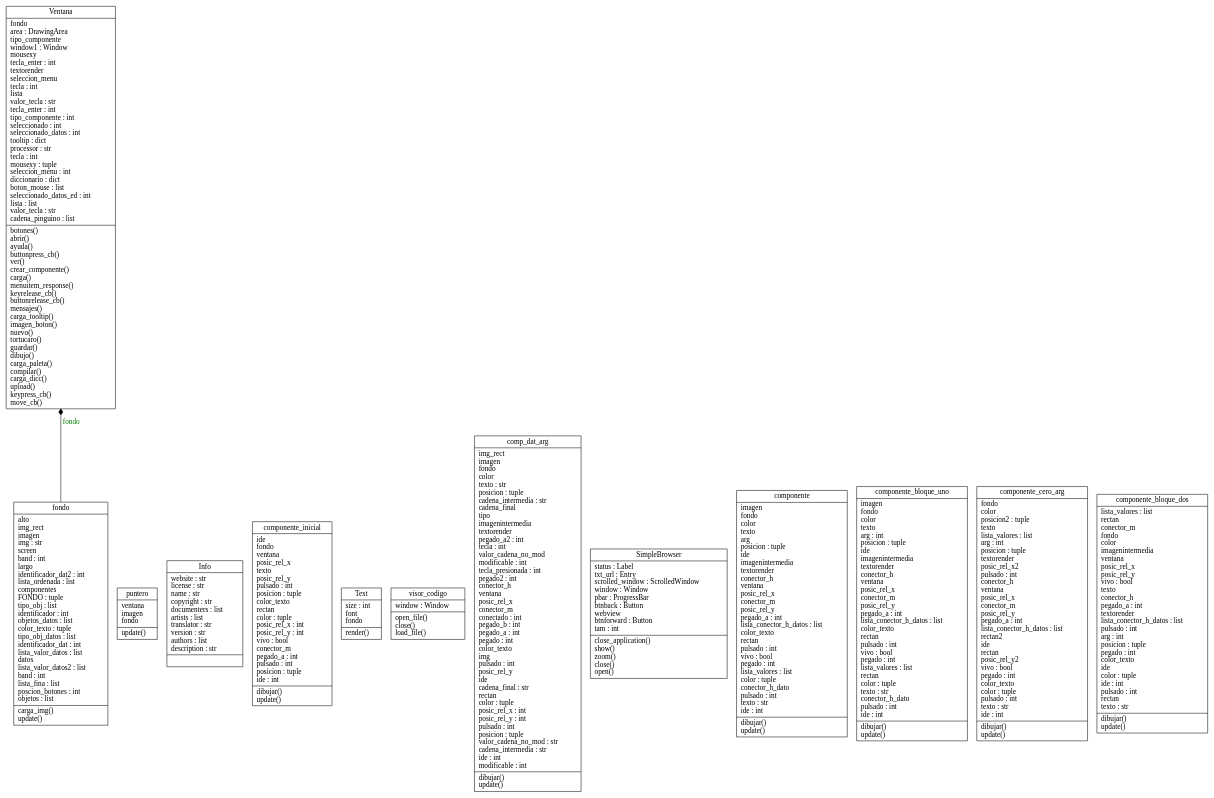
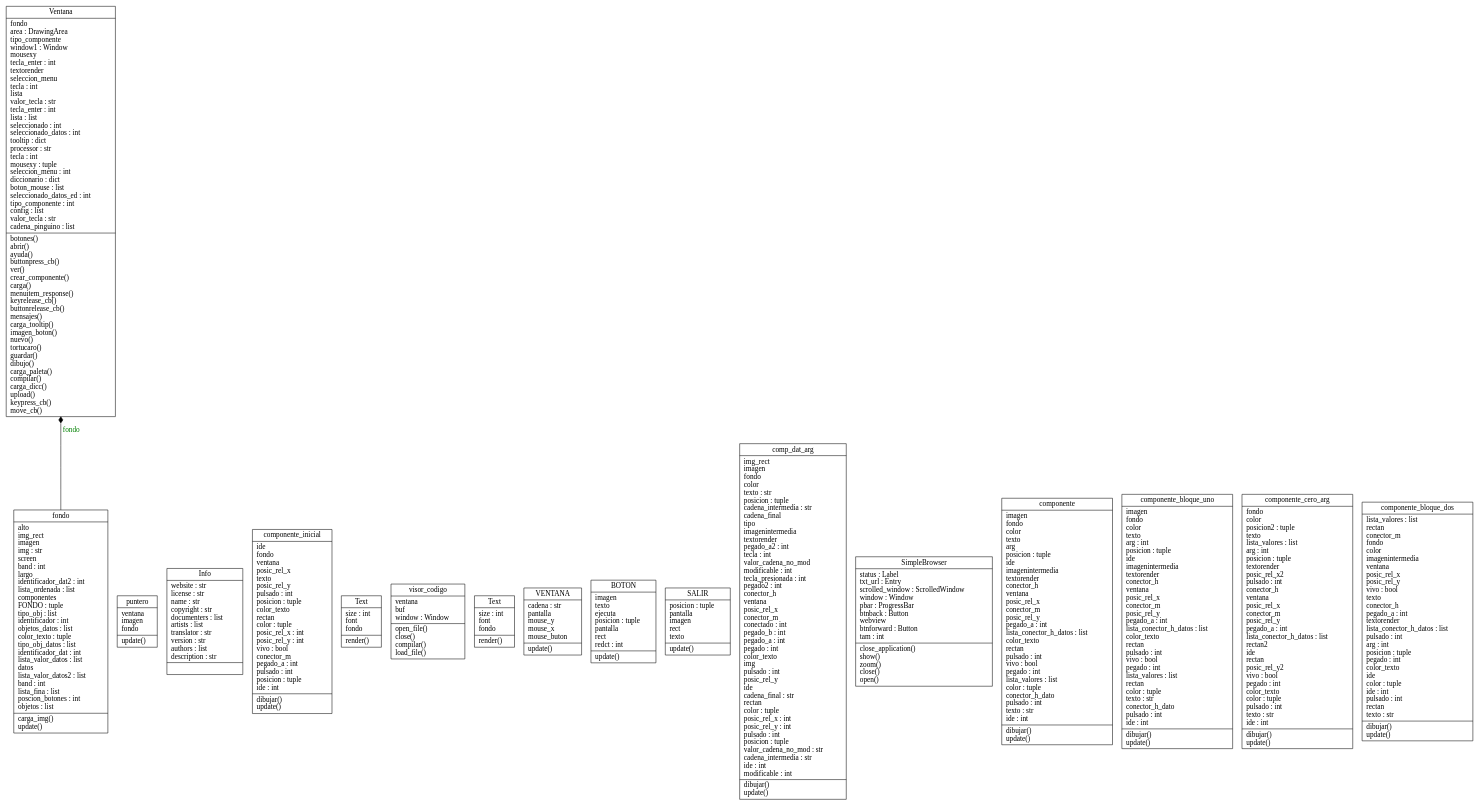
Before and after one commit to valentinbasel/icaro: the diagram in documentos/uml/classes_uml.dot, drawn with Graphviz. The commit also changed 460 other files, not shown here.

```diff
--- a/documentos/uml/classes_uml.dot
+++ b/documentos/uml/classes_uml.dot
@@ -1,18 +1,22 @@
 digraph "classes_uml" {
 charset="utf-8"
 rankdir=BT
 "4" [shape="record", label="{fondo|alto\limg_rect\limagen\limg : str\lscreen\lband : int\llargo\lidentificador_dat2 : int\llista_ordenada : list\lcomponentes\lFONDO : tuple\ltipo_obj : list\lidentificador : int\lobjetos_datos : list\lcolor_texto : tuple\ltipo_obj_datos : list\lidentificador_dat : int\llista_valor_datos : list\ldatos\llista_valor_datos2 : list\lband : int\llista_fina : list\lposcion_botones : int\lobjetos : list\l|carga_img()\lupdate()\l}"];
-"5" [shape="record", label="{Ventana|fondo\larea : DrawingArea\ltipo_componente\lwindow1 : Window\lmousexy\ltecla_enter : int\ltextorender\lseleccion_menu\ltecla : int\llista\lvalor_tecla : str\ltecla_enter : int\ltipo_componente : int\lseleccionado : int\lseleccionado_datos : int\ltooltip : dict\lprocessor : str\ltecla : int\lmousexy : tuple\lseleccion_menu : int\ldiccionario : dict\lboton_mouse : list\lseleccionado_datos_ed : int\llista : list\lvalor_tecla : str\lcadena_pinguino : list\l|botones()\labrir()\layuda()\lbuttonpress_cb()\lver()\lcrear_componente()\lcarga()\lmenuitem_response()\lkeyrelease_cb()\lbuttonrelease_cb()\lmensajes()\lcarga_tooltip()\limagen_boton()\lnuevo()\ltortucaro()\lguardar()\ldibujo()\lcarga_paleta()\lcompilar()\lcarga_dicc()\lupload()\lkeypress_cb()\lmove_cb()\l}"];
+"5" [shape="record", label="{Ventana|fondo\larea : DrawingArea\ltipo_componente\lwindow1 : Window\lmousexy\ltecla_enter : int\ltextorender\lseleccion_menu\ltecla : int\llista\lvalor_tecla : str\ltecla_enter : int\llista : list\lseleccionado : int\lseleccionado_datos : int\ltooltip : dict\lprocessor : str\ltecla : int\lmousexy : tuple\lseleccion_menu : int\ldiccionario : dict\lboton_mouse : list\lseleccionado_datos_ed : int\ltipo_componente : int\lconfig : list\lvalor_tecla : str\lcadena_pinguino : list\l|botones()\labrir()\layuda()\lbuttonpress_cb()\lver()\lcrear_componente()\lcarga()\lmenuitem_response()\lkeyrelease_cb()\lbuttonrelease_cb()\lmensajes()\lcarga_tooltip()\limagen_boton()\lnuevo()\ltortucaro()\lguardar()\ldibujo()\lcarga_paleta()\lcompilar()\lcarga_dicc()\lupload()\lkeypress_cb()\lmove_cb()\l}"];
 "6" [shape="record", label="{puntero|ventana\limagen\lfondo\l|update()\l}"];
 "8" [shape="record", label="{Info|website : str\llicense : str\lname : str\lcopyright : str\ldocumenters : list\lartists : list\ltranslator : str\lversion : str\lauthors : list\ldescription : str\l|}"];
 "11" [shape="record", label="{componente_inicial|ide\lfondo\lventana\lposic_rel_x\ltexto\lposic_rel_y\lpulsado : int\lposicion : tuple\lcolor_texto\lrectan\lcolor : tuple\lposic_rel_x : int\lposic_rel_y : int\lvivo : bool\lconector_m\lpegado_a : int\lpulsado : int\lposicion : tuple\lide : int\l|dibujar()\lupdate()\l}"];
 "13" [shape="record", label="{Text|size : int\lfont\lfondo\l|render()\l}"];
-"15" [shape="record", label="{visor_codigo|window : Window\l|open_file()\lclose()\lload_file()\l}"];
-"21" [shape="record", label="{comp_dat_arg|img_rect\limagen\lfondo\lcolor\ltexto : str\lposicion : tuple\lcadena_intermedia : str\lcadena_final\ltipo\limagenintermedia\ltextorender\lpegado_a2 : int\ltecla : int\lvalor_cadena_no_mod\lmodificable : int\ltecla_presionada : int\lpegado2 : int\lconector_h\lventana\lposic_rel_x\lconector_m\lconectado : int\lpegado_b : int\lpegado_a : int\lpegado : int\lcolor_texto\limg\lpulsado : int\lposic_rel_y\lide\lcadena_final : str\lrectan\lcolor : tuple\lposic_rel_x : int\lposic_rel_y : int\lpulsado : int\lposicion : tuple\lvalor_cadena_no_mod : str\lcadena_intermedia : str\lide : int\lmodificable : int\l|dibujar()\lupdate()\l}"];
-"24" [shape="record", label="{SimpleBrowser|status : Label\ltxt_url : Entry\lscrolled_window : ScrolledWindow\lwindow : Window\lpbar : ProgressBar\lbtnback : Button\lwebview\lbtnforward : Button\ltam : int\l|close_application()\lshow()\lzoom()\lclose()\lopen()\l}"];
-"26" [shape="record", label="{componente|imagen\lfondo\lcolor\ltexto\larg\lposicion : tuple\lide\limagenintermedia\ltextorender\lconector_h\lventana\lposic_rel_x\lconector_m\lposic_rel_y\lpegado_a : int\llista_conector_h_datos : list\lcolor_texto\lrectan\lpulsado : int\lvivo : bool\lpegado : int\llista_valores : list\lcolor : tuple\lconector_h_dato\lpulsado : int\ltexto : str\lide : int\l|dibujar()\lupdate()\l}"];
-"27" [shape="record", label="{componente_bloque_uno|imagen\lfondo\lcolor\ltexto\larg : int\lposicion : tuple\lide\limagenintermedia\ltextorender\lconector_h\lventana\lposic_rel_x\lconector_m\lposic_rel_y\lpegado_a : int\llista_conector_h_datos : list\lcolor_texto\lrectan\lpulsado : int\lvivo : bool\lpegado : int\llista_valores : list\lrectan\lcolor : tuple\ltexto : str\lconector_h_dato\lpulsado : int\lide : int\l|dibujar()\lupdate()\l}"];
-"28" [shape="record", label="{componente_cero_arg|fondo\lcolor\lposicion2 : tuple\ltexto\llista_valores : list\larg : int\lposicion : tuple\ltextorender\lposic_rel_x2\lpulsado : int\lconector_h\lventana\lposic_rel_x\lconector_m\lposic_rel_y\lpegado_a : int\llista_conector_h_datos : list\lrectan2\lide\lrectan\lposic_rel_y2\lvivo : bool\lpegado : int\lcolor_texto\lcolor : tuple\lpulsado : int\ltexto : str\lide : int\l|dibujar()\lupdate()\l}"];
-"29" [shape="record", label="{componente_bloque_dos|lista_valores : list\lrectan\lconector_m\lfondo\lcolor\limagenintermedia\lventana\lposic_rel_x\lposic_rel_y\lvivo : bool\ltexto\lconector_h\lpegado_a : int\ltextorender\llista_conector_h_datos : list\lpulsado : int\larg : int\lposicion : tuple\lpegado : int\lcolor_texto\lide\lcolor : tuple\lide : int\lpulsado : int\lrectan\ltexto : str\l|dibujar()\lupdate()\l}"];
+"15" [shape="record", label="{visor_codigo|ventana\lbuf\lwindow : Window\l|open_file()\lclose()\lcompilar()\lload_file()\l}"];
+"19" [shape="record", label="{Text|size : int\lfont\lfondo\l|render()\l}"];
+"20" [shape="record", label="{VENTANA|cadena : str\lpantalla\lmouse_y\lmouse_x\lmouse_buton\l|update()\l}"];
+"21" [shape="record", label="{BOTON|imagen\ltexto\lejecuta\lposicion : tuple\lpantalla\lrect\lredct : int\l|update()\l}"];
+"22" [shape="record", label="{SALIR|posicion : tuple\lpantalla\limagen\lrect\ltexto\l|update()\l}"];
+"27" [shape="record", label="{comp_dat_arg|img_rect\limagen\lfondo\lcolor\ltexto : str\lposicion : tuple\lcadena_intermedia : str\lcadena_final\ltipo\limagenintermedia\ltextorender\lpegado_a2 : int\ltecla : int\lvalor_cadena_no_mod\lmodificable : int\ltecla_presionada : int\lpegado2 : int\lconector_h\lventana\lposic_rel_x\lconector_m\lconectado : int\lpegado_b : int\lpegado_a : int\lpegado : int\lcolor_texto\limg\lpulsado : int\lposic_rel_y\lide\lcadena_final : str\lrectan\lcolor : tuple\lposic_rel_x : int\lposic_rel_y : int\lpulsado : int\lposicion : tuple\lvalor_cadena_no_mod : str\lcadena_intermedia : str\lide : int\lmodificable : int\l|dibujar()\lupdate()\l}"];
+"30" [shape="record", label="{SimpleBrowser|status : Label\ltxt_url : Entry\lscrolled_window : ScrolledWindow\lwindow : Window\lpbar : ProgressBar\lbtnback : Button\lwebview\lbtnforward : Button\ltam : int\l|close_application()\lshow()\lzoom()\lclose()\lopen()\l}"];
+"32" [shape="record", label="{componente|imagen\lfondo\lcolor\ltexto\larg\lposicion : tuple\lide\limagenintermedia\ltextorender\lconector_h\lventana\lposic_rel_x\lconector_m\lposic_rel_y\lpegado_a : int\llista_conector_h_datos : list\lcolor_texto\lrectan\lpulsado : int\lvivo : bool\lpegado : int\llista_valores : list\lcolor : tuple\lconector_h_dato\lpulsado : int\ltexto : str\lide : int\l|dibujar()\lupdate()\l}"];
+"33" [shape="record", label="{componente_bloque_uno|imagen\lfondo\lcolor\ltexto\larg : int\lposicion : tuple\lide\limagenintermedia\ltextorender\lconector_h\lventana\lposic_rel_x\lconector_m\lposic_rel_y\lpegado_a : int\llista_conector_h_datos : list\lcolor_texto\lrectan\lpulsado : int\lvivo : bool\lpegado : int\llista_valores : list\lrectan\lcolor : tuple\ltexto : str\lconector_h_dato\lpulsado : int\lide : int\l|dibujar()\lupdate()\l}"];
+"34" [shape="record", label="{componente_cero_arg|fondo\lcolor\lposicion2 : tuple\ltexto\llista_valores : list\larg : int\lposicion : tuple\ltextorender\lposic_rel_x2\lpulsado : int\lconector_h\lventana\lposic_rel_x\lconector_m\lposic_rel_y\lpegado_a : int\llista_conector_h_datos : list\lrectan2\lide\lrectan\lposic_rel_y2\lvivo : bool\lpegado : int\lcolor_texto\lcolor : tuple\lpulsado : int\ltexto : str\lide : int\l|dibujar()\lupdate()\l}"];
+"35" [shape="record", label="{componente_bloque_dos|lista_valores : list\lrectan\lconector_m\lfondo\lcolor\limagenintermedia\lventana\lposic_rel_x\lposic_rel_y\lvivo : bool\ltexto\lconector_h\lpegado_a : int\ltextorender\llista_conector_h_datos : list\lpulsado : int\larg : int\lposicion : tuple\lpegado : int\lcolor_texto\lide\lcolor : tuple\lide : int\lpulsado : int\lrectan\ltexto : str\l|dibujar()\lupdate()\l}"];
 "4" -> "5" [arrowhead="diamond", style="solid", arrowtail="none", fontcolor="green", label="fondo"];
 }
```
